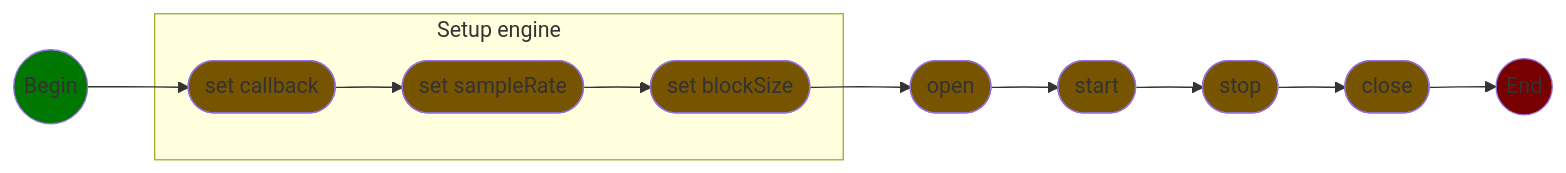
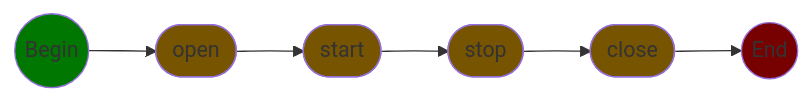
The diagram in README.md (Mika-42/core-audio), drawn with Mermaid before and after one commit. The commit also changed other lines of this file, not shown here.

Commit message:
edit mermaid graph in readme.md

````diff
--- a/README.md
+++ b/README.md
@@ -75,23 +75,16 @@
 ```mermaid
 graph LR
 	A(("Begin"))
-
-	subgraph "Setup engine"
-		B1(["set callback"])
-		B2(["set sampleRate"])
-		B3(["set blockSize"])
-	end
-
 	C(["open"])
 	D(["start"])
 	E(["stop"])
 	F(["close"])
 	G(("End"))
 
-	B3 --> C --> D --> E --> F --> G
-	A --> B1 --> B2 --> B3
+	A --> C --> D --> E --> F --> G
+	
 	classDef step fill:#775500
-  	class B1,B2,B3,C,D,E,F step;
+  	class C,D,E,F step;
 	style A fill:#007700
 	style G fill:#770000
 ```
````
